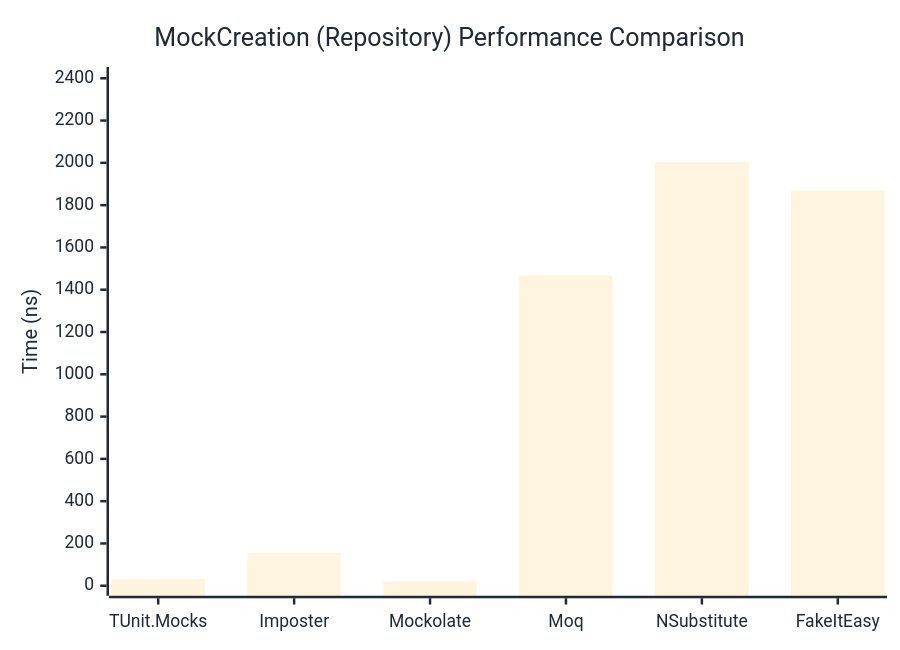
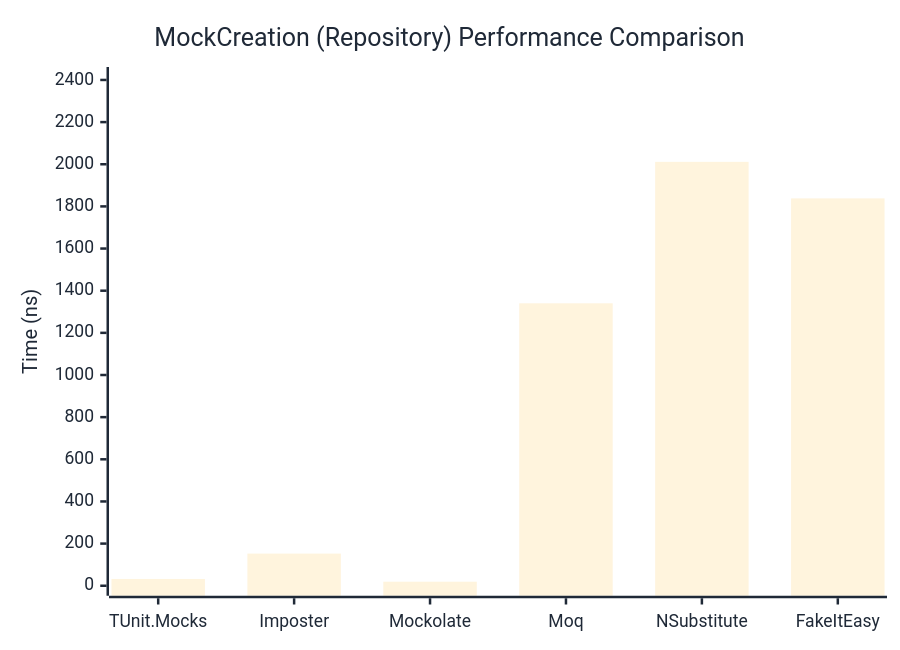
The second of 2 diagrams in docs/docs/benchmarks/mocks/MockCreation.md (thomhurst/TUnit), drawn with Mermaid before and after one commit. The commit also changed other lines of this file and 14 other files, not shown here.

````diff
--- a/docs/docs/benchmarks/mocks/MockCreation.md
+++ b/docs/docs/benchmarks/mocks/MockCreation.md
@@ -71,27 +71,27 @@
 ```mermaid
 %%{init: {
   'theme':'base',
   'themeVariables': {
     'primaryColor': '#2563eb',
     'primaryTextColor': '#1f2937',
     'primaryBorderColor': '#1e40af',
     'lineColor': '#6b7280',
     'secondaryColor': '#7c3aed',
     'tertiaryColor': '#dc2626',
     'background': '#ffffff',
     'pie1': '#2563eb',
     'pie2': '#7c3aed',
     'pie3': '#dc2626',
     'pie4': '#f59e0b',
     'pie5': '#10b981',
     'pie6': '#06b6d4',
     'pie7': '#ec4899',
     'pie8': '#6366f1'
   }
 }}%%
 xychart-beta
   title "MockCreation (Repository) Performance Comparison"
   x-axis ["TUnit.Mocks", "Imposter", "Mockolate", "Moq", "NSubstitute", "FakeItEasy"]
-  y-axis "Time (ns)" 0 --> 2406
-  bar [32.45, 155.17, 19.52, 1467.38, 2004.77, 1868.97]
+  y-axis "Time (ns)" 0 --> 2414
+  bar [32.22, 152.6, 19.23, 1340.21, 2011.38, 1838.05]
 ```
````
